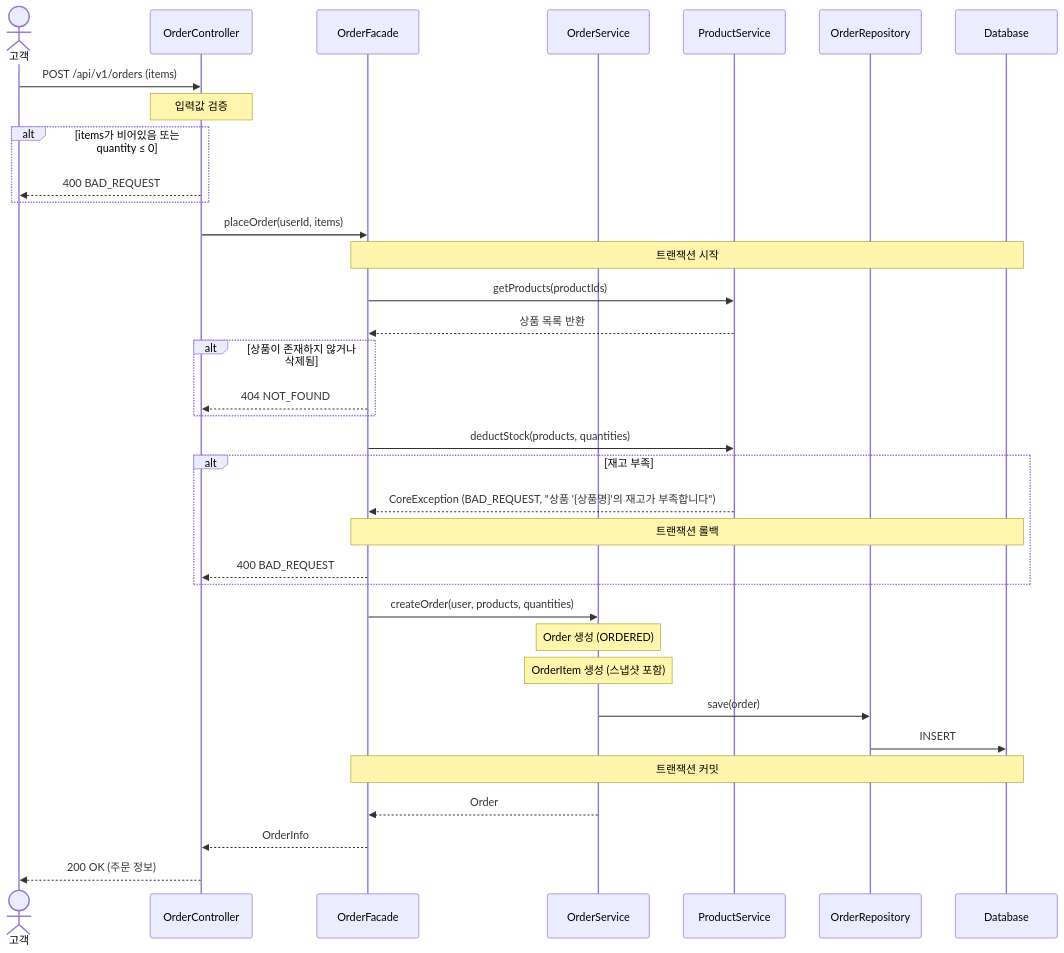
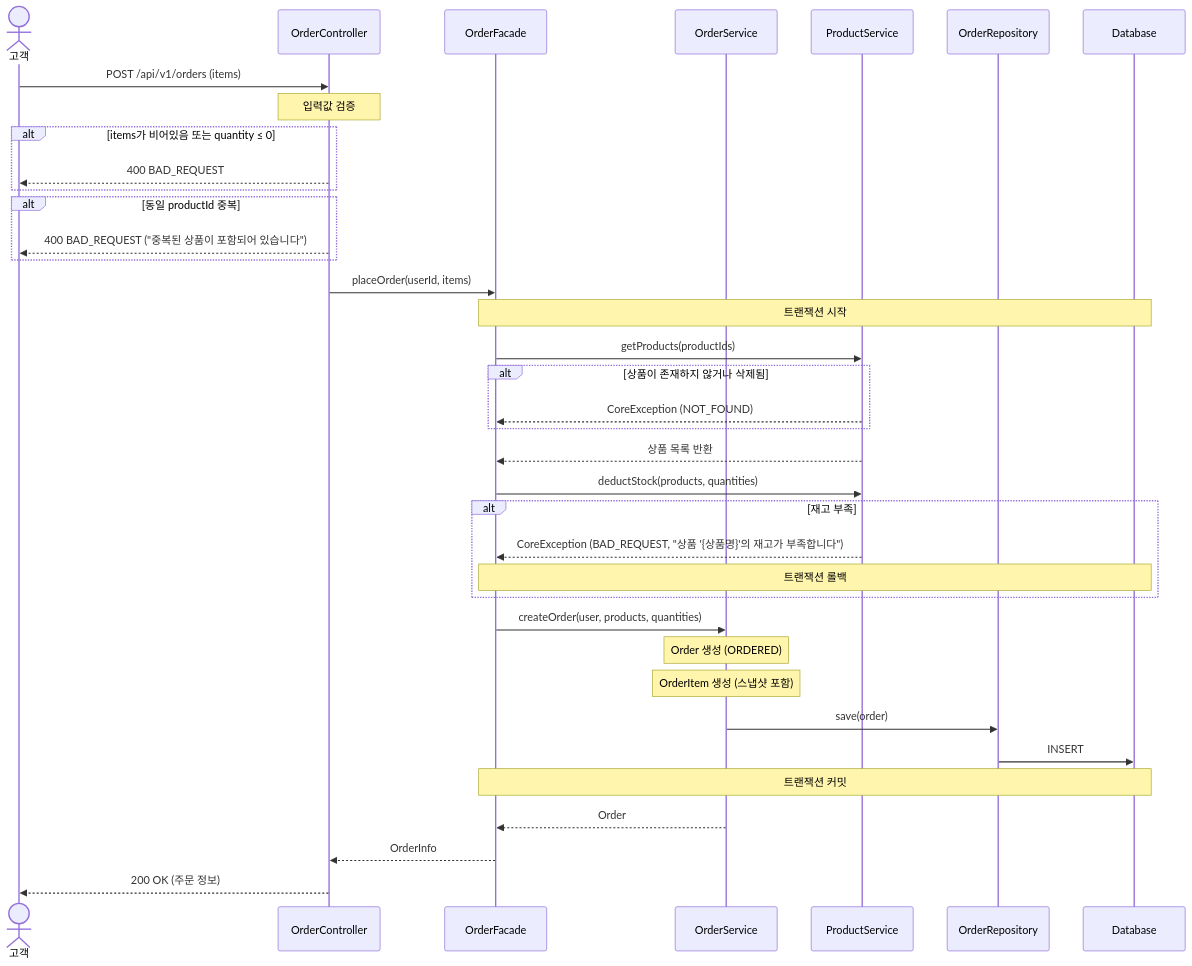
The first of 8 diagrams in docs/design/02-sequence-diagrams.md (Loopers-dev-lab/loop-pack-be-l2-vol3-kotlin), drawn with Mermaid before and after one commit. The commit also changed other lines of this file, not shown here.

First line of the commit message:
docs: 시퀀스 다이어그램 보완 — 책임 객체, 트랜잭션 경계, 누락 흐름 추가

````diff
--- a/docs/design/02-sequence-diagrams.md
+++ b/docs/design/02-sequence-diagrams.md
@@ -7,48 +7,48 @@
 ```mermaid
 sequenceDiagram
     actor C as 고객
     participant Ctrl as OrderController
     participant F as OrderFacade
     participant OS as OrderService
     participant PS as ProductService
     participant ORepo as OrderRepository
     participant DB as Database
 
     C->>Ctrl: POST /api/v1/orders (items)
 
     Note over Ctrl: 입력값 검증
     alt items가 비어있음 또는 quantity ≤ 0
         Ctrl-->>C: 400 BAD_REQUEST
     end
+    alt 동일 productId 중복
+        Ctrl-->>C: 400 BAD_REQUEST ("중복된 상품이 포함되어 있습니다")
+    end
 
     Ctrl->>F: placeOrder(userId, items)
 
     Note over F,DB: 트랜잭션 시작
 
     F->>PS: getProducts(productIds)
+    alt 상품이 존재하지 않거나 삭제됨
+        PS-->>F: CoreException (NOT_FOUND)
+    end
     PS-->>F: 상품 목록 반환
 
-    alt 상품이 존재하지 않거나 삭제됨
-        F-->>Ctrl: 404 NOT_FOUND
-    end
-
     F->>PS: deductStock(products, quantities)
-
     alt 재고 부족
         PS-->>F: CoreException (BAD_REQUEST, "상품 '{상품명}'의 재고가 부족합니다")
         Note over F,DB: 트랜잭션 롤백
-        F-->>Ctrl: 400 BAD_REQUEST
     end
 
     F->>OS: createOrder(user, products, quantities)
     Note over OS: Order 생성 (ORDERED)
     Note over OS: OrderItem 생성 (스냅샷 포함)
     OS->>ORepo: save(order)
     ORepo->>DB: INSERT
 
     Note over F,DB: 트랜잭션 커밋
 
     OS-->>F: Order
     F-->>Ctrl: OrderInfo
     Ctrl-->>C: 200 OK (주문 정보)
 ```
````
